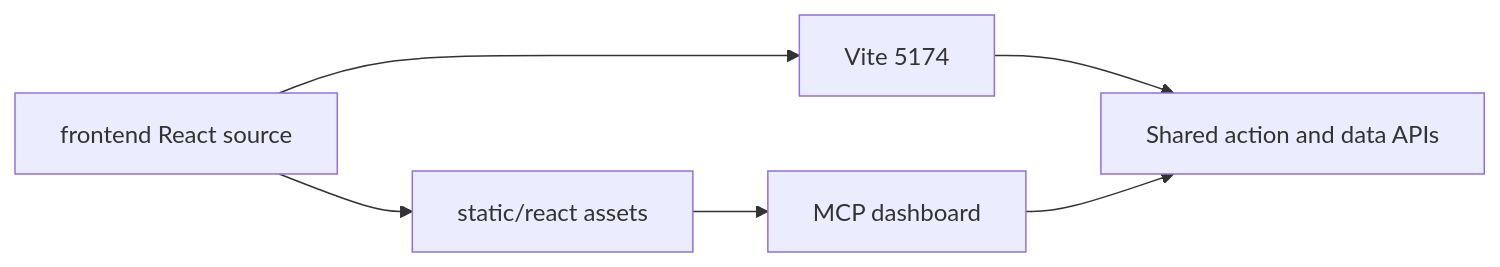
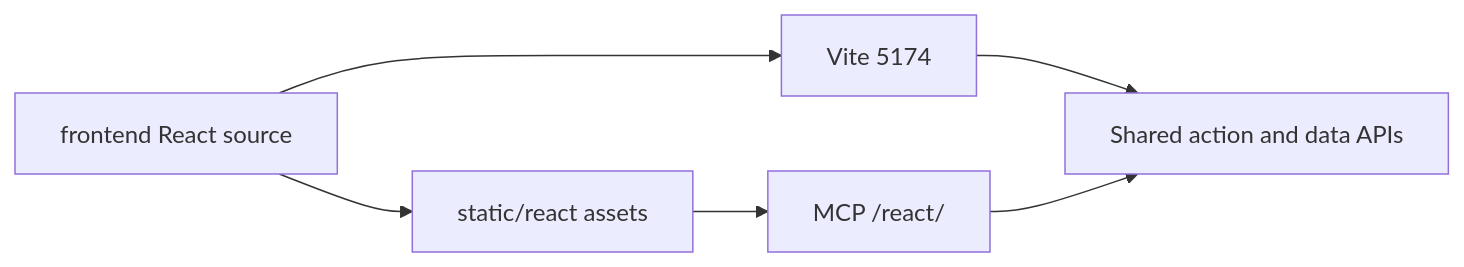
The diagram in src/agentdecompile_recovery/corpus/dashboard/frontend/README.md (bodencrouch/AgentDecompile), drawn with Mermaid before and after one commit. The commit also changed other lines of this file and 3 other files, not shown here.

````diff
--- a/src/agentdecompile_recovery/corpus/dashboard/frontend/README.md
+++ b/src/agentdecompile_recovery/corpus/dashboard/frontend/README.md
@@ -19,8 +20,8 @@
 ```mermaid
 flowchart LR
   frontend[frontend React source] --> react[static/react assets]
   frontend --> vite[Vite 5174]
-  react --> dashboard[MCP dashboard]
+  react --> dashboard[MCP /react/]
   vite --> api[Shared action and data APIs]
   dashboard --> api
 ```
````
